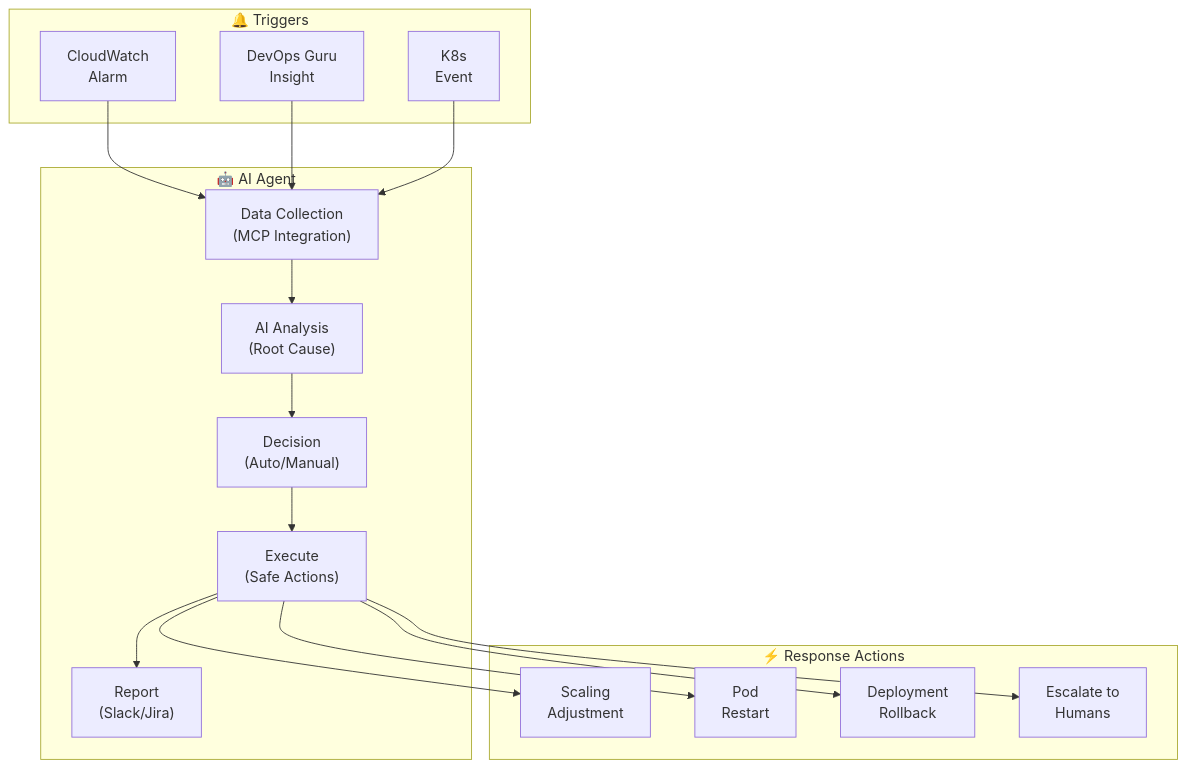
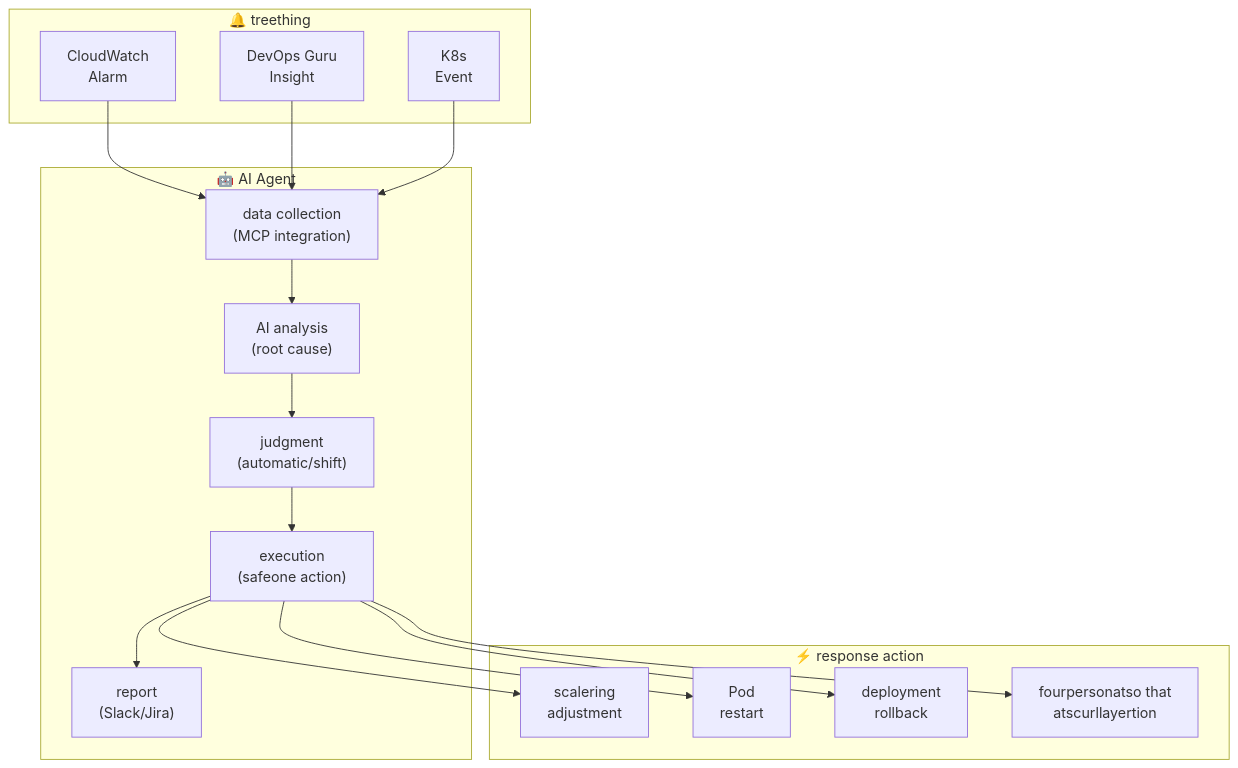
The fourth of 13 diagrams in i18n/en/docusaurus-plugin-content-docs/current/aiops-aidlc/aiops-predictive-operations.md (devfloor9/engineering-playbook), drawn with Mermaid before and after one commit. The commit also changed other lines of this file and 43 other files, not shown here.

````diff
--- a/i18n/en/docusaurus-plugin-content-docs/current/aiops-aidlc/aiops-predictive-operations.md
+++ b/i18n/en/docusaurus-plugin-content-docs/current/aiops-aidlc/aiops-predictive-operations.md
@@ -416,33 +1008,33 @@
 ```mermaid
 graph TD
-    subgraph Trigger["🔔 Triggers"]
-        CWA["CloudWatch<br/>Alarm"]
-        DGA["DevOps Guru<br/>Insight"]
-        K8SE["K8s<br/>Event"]
-    end
+subgraph Trigger["🔔 treething"]
+CWA["CloudWatch<br/>Alarm"]
+DGA["DevOps Guru<br/>Insight"]
+K8SE["K8s<br/>Event"]
+end
 
-    subgraph Agent["🤖 AI Agent"]
-        COLLECT["Data Collection<br/>(MCP Integration)"]
-        ANALYZE["AI Analysis<br/>(Root Cause)"]
-        DECIDE["Decision<br/>(Auto/Manual)"]
-        ACT["Execute<br/>(Safe Actions)"]
-        REPORT["Report<br/>(Slack/Jira)"]
-    end
+subgraph Agent["🤖 AI Agent"]
+COLLECT["data collection<br/>(MCP integration)"]
+ANALYZE["AI analysis<br/>(root cause)"]
+DECIDE["judgment<br/>(automatic/shift)"]
+ACT["execution<br/>(safeone action)"]
+REPORT["report<br/>(Slack/Jira)"]
+end
 
-    subgraph Actions["⚡ Response Actions"]
-        SCALE["Scaling<br/>Adjustment"]
-        RESTART["Pod<br/>Restart"]
-        ROLLBACK["Deployment<br/>Rollback"]
-        ESCALATE["Escalate to<br/>Humans"]
-    end
+subgraph Actions["⚡ response action"]
+SCALE["scalering<br/>adjustment"]
+RESTART["Pod<br/>restart"]
+ROLLBACK["deployment<br/>rollback"]
+ESCALATE["fourpersonatso that<br/>atscurllayertion"]
+end
 
-    CWA --> COLLECT
-    DGA --> COLLECT
-    K8SE --> COLLECT
-    COLLECT --> ANALYZE --> DECIDE
-    DECIDE --> ACT --> REPORT
-    ACT --> SCALE
-    ACT --> RESTART
-    ACT --> ROLLBACK
-    ACT --> ESCALATE
+CWA --> COLLECT
+DGA --> COLLECT
+K8SE --> COLLECT
+COLLECT --> ANALYZE --> DECIDE
+DECIDE --> ACT --> REPORT
+ACT --> SCALE
+ACT --> RESTART
+ACT --> ROLLBACK
+ACT --> ESCALATE
 ```
````
